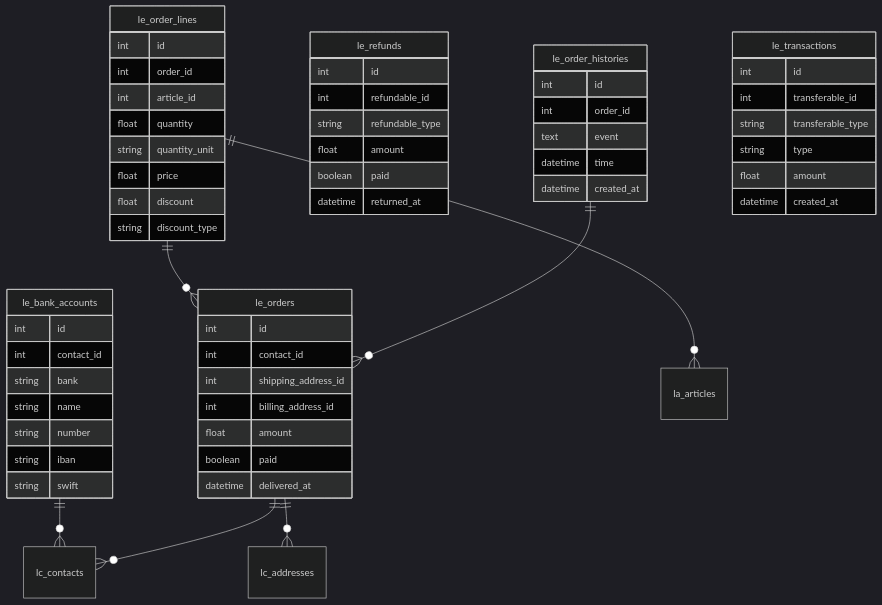
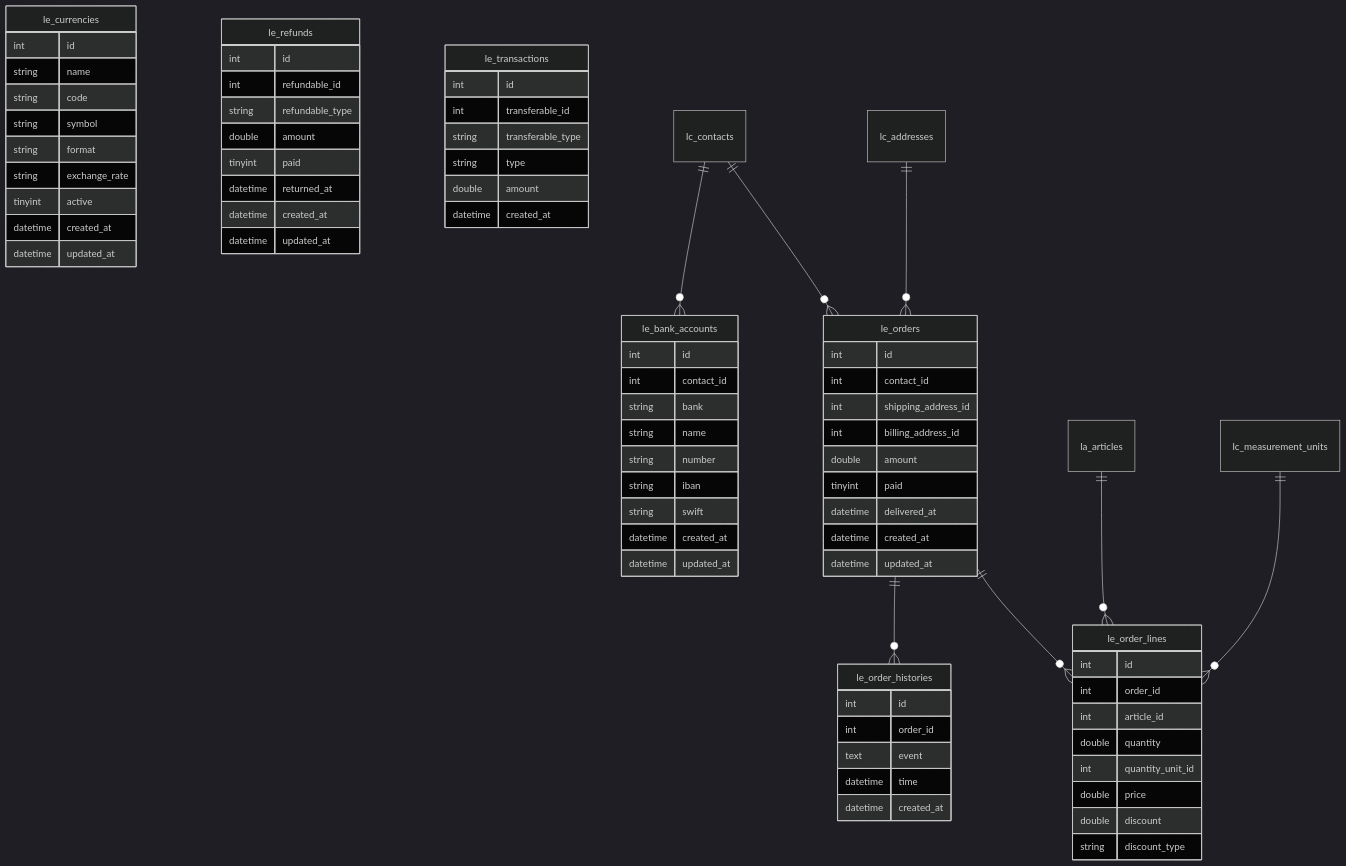
One commit to grey-dev-0/oaters changed the diagram in docs/database/commerce-diagram.md. Above: the diagram before and after it, drawn with Mermaid (dark theme). The commit also changed 10 other files, not shown here.

Commit message:
Updated ERD generation based on deployed database schema instead of migration files scanning.

````diff
--- a/docs/database/commerce-diagram.md
+++ b/docs/database/commerce-diagram.md
@@ -3,61 +3,79 @@
 ```mermaid
 erDiagram
     le_bank_accounts {
         int id
         int contact_id
         string bank
         string name
         string number
         string iban
         string swift
+        datetime created_at
+        datetime updated_at
     }
-    le_orders {
+    le_currencies {
         int id
-        int contact_id
-        int shipping_address_id
-        int billing_address_id
-        float amount
-        boolean paid
-        datetime delivered_at
-    }
-    le_order_lines {
-        int id
-        int order_id
-        int article_id
-        float quantity
-        string quantity_unit
-        float price
-        float discount
-        string discount_type
-    }
-    le_refunds {
-        int id
-        int refundable_id
-        string refundable_type
-        float amount
-        boolean paid
-        datetime returned_at
+        string name
+        string code
+        string symbol
+        string format
+        string exchange_rate
+        tinyint active
+        datetime created_at
+        datetime updated_at
     }
     le_order_histories {
         int id
         int order_id
         text event
         datetime time
         datetime created_at
     }
+    le_order_lines {
+        int id
+        int order_id
+        int article_id
+        double quantity
+        int quantity_unit_id
+        double price
+        double discount
+        string discount_type
+    }
+    le_orders {
+        int id
+        int contact_id
+        int shipping_address_id
+        int billing_address_id
+        double amount
+        tinyint paid
+        datetime delivered_at
+        datetime created_at
+        datetime updated_at
+    }
+    le_refunds {
+        int id
+        int refundable_id
+        string refundable_type
+        double amount
+        tinyint paid
+        datetime returned_at
+        datetime created_at
+        datetime updated_at
+    }
     le_transactions {
         int id
         int transferable_id
         string transferable_type
         string type
-        float amount
+        double amount
         datetime created_at
     }
-    le_bank_accounts ||--o{ lc_contacts : ""
-    le_orders ||--o{ lc_contacts : ""
-    le_orders ||--o{ lc_addresses : ""
-    le_order_lines ||--o{ le_orders : ""
-    le_order_lines ||--o{ la_articles : ""
-    le_order_histories ||--o{ le_orders : ""
+    lc_contacts ||--o{ le_bank_accounts : ""
+    le_orders ||--o{ le_order_histories : ""
+    la_articles ||--o{ le_order_lines : ""
+    le_orders ||--o{ le_order_lines : ""
+    lc_measurement_units ||--o{ le_order_lines : ""
+    lc_addresses ||--o{ le_orders : ""
+    lc_contacts ||--o{ le_orders : ""
 
 ```
````
